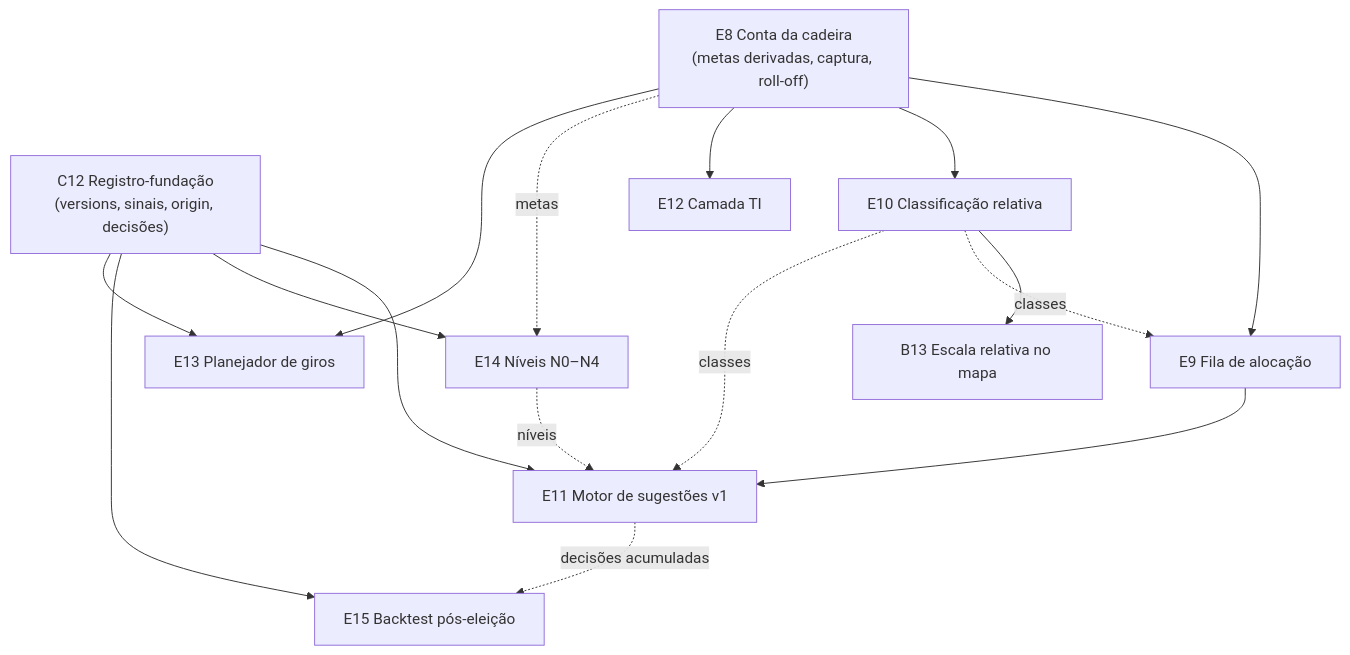
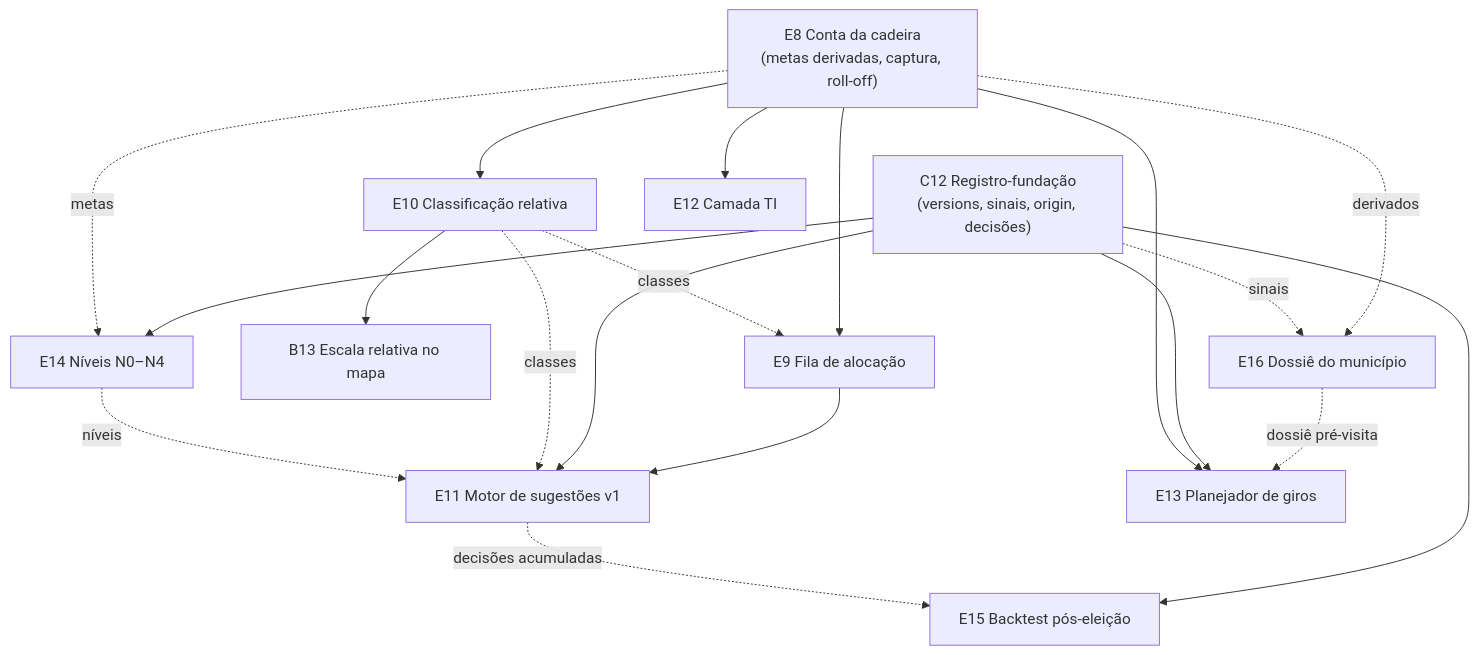
Before and after one commit to fsolla/teqo: the diagram in docs/plans/inteligencia-campanha.md, drawn with Mermaid. The commit also changed other lines of this file and 13 other files, not shown here.

Commit message:
Sync roadmap and intel plans with the 2026-07-23 field session; add E4R/A11/E16/E17 plans

````diff
--- a/docs/plans/inteligencia-campanha.md
+++ b/docs/plans/inteligencia-campanha.md
@@ -79,26 +83,30 @@
 ```mermaid
 flowchart TD
     C12["C12 Registro-fundação<br/>(versions, sinais, origin, decisões)"]
     E8["E8 Conta da cadeira<br/>(metas derivadas, captura, roll-off)"]
     E9["E9 Fila de alocação"]
     E10["E10 Classificação relativa"]
     B13["B13 Escala relativa no mapa"]
     E14["E14 Níveis N0–N4"]
     E11["E11 Motor de sugestões v1"]
     E12["E12 Camada TI"]
     E13["E13 Planejador de giros"]
     E15["E15 Backtest pós-eleição"]
+    E16["E16 Dossiê do município"]
+    E8 -.derivados.-> E16
+    C12 -.sinais.-> E16
+    E16 -.dossiê pré-visita.-> E13
     E8 --> E9 --> E11
     C12 --> E11
     C12 --> E14
     C12 --> E15
     E8 --> E10 --> B13
     E10 -.classes.-> E9
     E10 -.classes.-> E11
     E8 --> E12
     E8 -.metas.-> E14
     E14 -.níveis.-> E11
     C12 --> E13
     E8 --> E13
     E11 -.decisões acumuladas.-> E15
 ```
````
